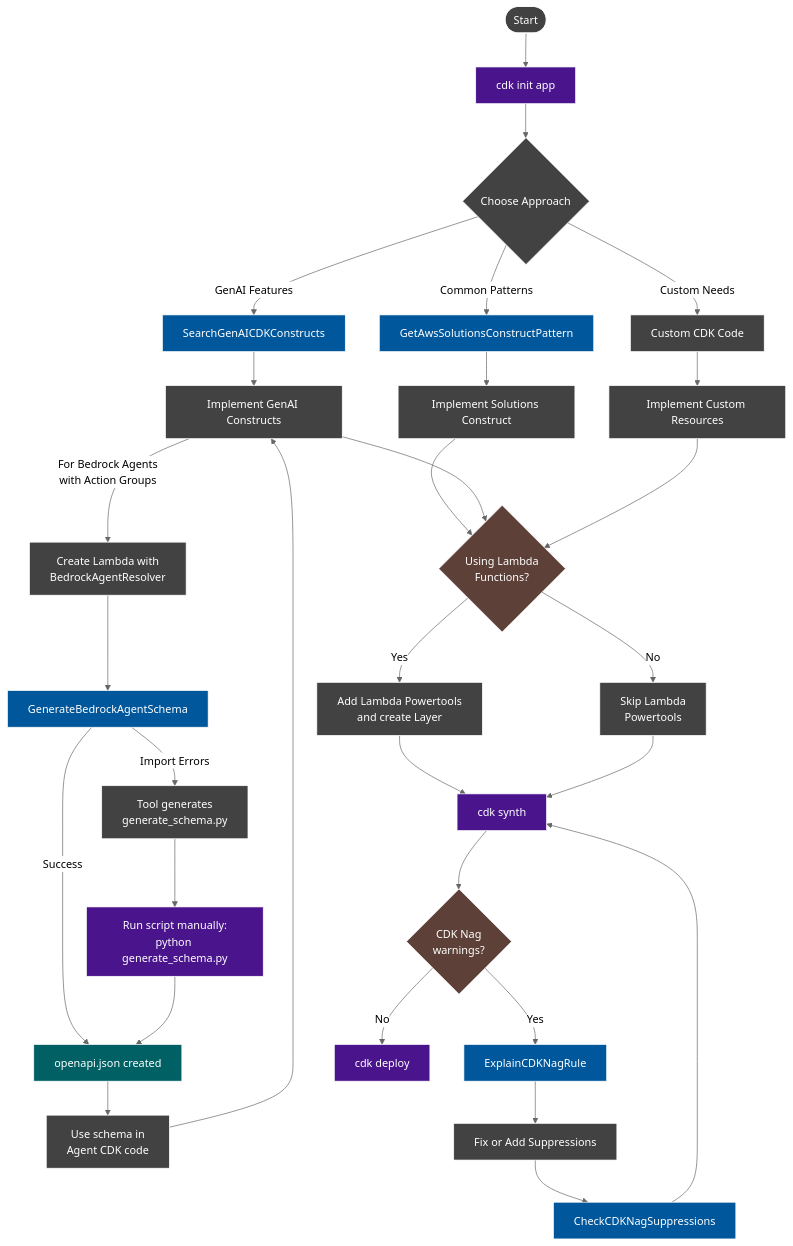
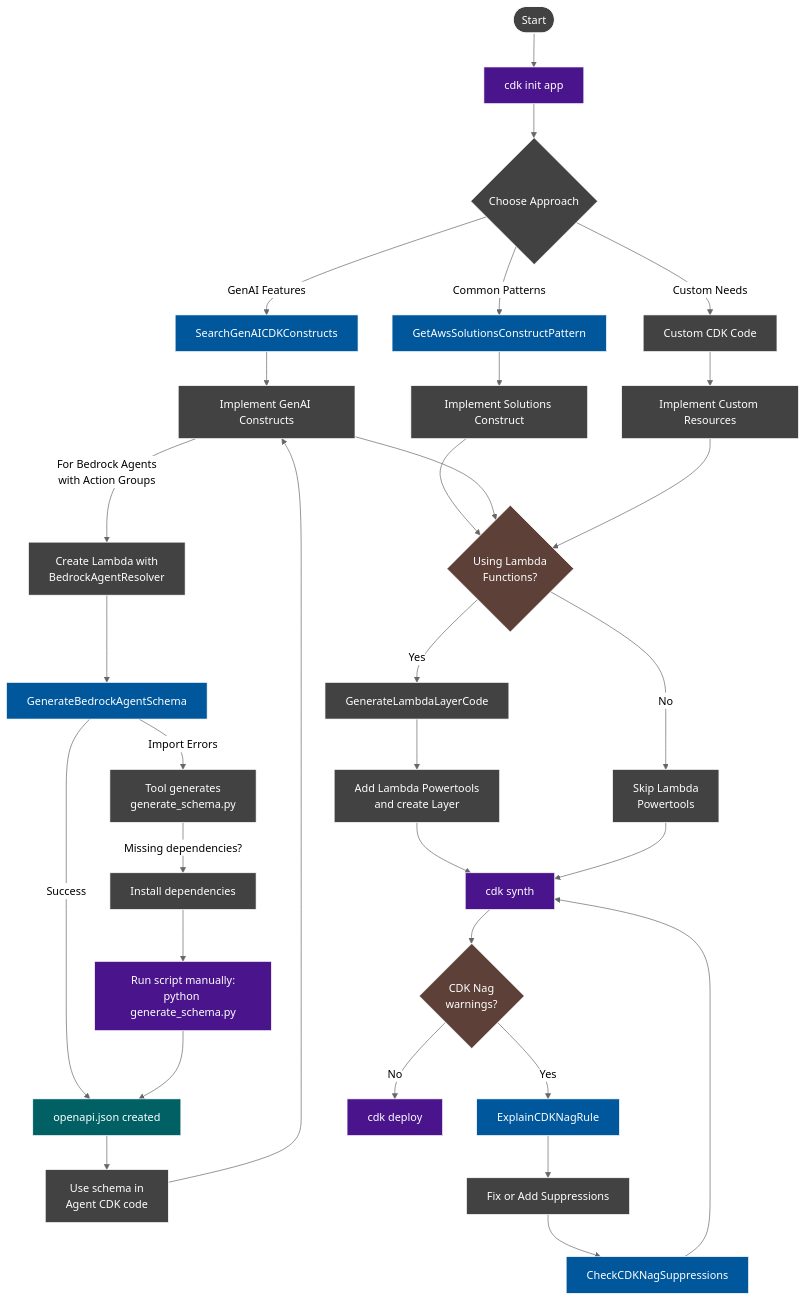
One commit to awslabs/mcp changed the diagram in src/cdk-mcp-server/awslabs/cdk_mcp_server/static/CDK_GENERAL_GUIDANCE.md. Above: the diagram before and after it, drawn with Mermaid (neutral theme). The commit also changed other lines of this file and 6 other files, not shown here.

First line of the commit message:
feat(cdk-server): add Lambda layer generator tool

````diff
--- a/src/cdk-mcp-server/awslabs/cdk_mcp_server/static/CDK_GENERAL_GUIDANCE.md
+++ b/src/cdk-mcp-server/awslabs/cdk_mcp_server/static/CDK_GENERAL_GUIDANCE.md
@@ -200,57 +201,59 @@
 ```mermaid
 graph TD
     Start([Start]) --> Init["cdk init app"]
     
     Init --> B{Choose Approach}
     B -->|"Common Patterns"| C1["GetAwsSolutionsConstructPattern"]
     B -->|"GenAI Features"| C2["SearchGenAICDKConstructs"]
     B -->|"Custom Needs"| C3["Custom CDK Code"]
     
     C1 --> D1["Implement Solutions Construct"]
     C2 --> D2["Implement GenAI Constructs"]
     C3 --> D3["Implement Custom Resources"]
     
     %% Bedrock Agent with Action Groups specific flow
     D2 -->|"For Bedrock Agents<br/>with Action Groups"| BA["Create Lambda with<br/>BedrockAgentResolver"]
     
     %% Schema generation flow
     BA --> BS["GenerateBedrockAgentSchema"]
     BS -->|"Success"| JSON["openapi.json created"]
     BS -->|"Import Errors"| BSF["Tool generates<br/>generate_schema.py"]
-    BSF --> BSR["Run script manually:<br/>python generate_schema.py"]
+    BSF -->|"Missing dependencies?"| InstallDeps["Install dependencies"]
+    InstallDeps --> BSR["Run script manually:<br/>python generate_schema.py"]
     BSR --> JSON["openapi.json created"]
     
     %% Use schema in Agent CDK
     JSON --> AgentCDK["Use schema in<br/>Agent CDK code"]
     AgentCDK --> D2
     
     %% Conditional Lambda Powertools implementation
     D1 & D2 & D3 --> HasLambda{"Using Lambda<br/>Functions?"}
-    HasLambda -->|"Yes"| L["Add Lambda Powertools<br/>and create Layer"]
+    HasLambda -->|"Yes"| L1["GenerateLambdaLayerCode"]
+    L1 --> L["Add Lambda Powertools<br/>and create Layer"]
     HasLambda -->|"No"| SkipL["Skip Lambda<br/>Powertools"]
     
     %% Rest of workflow
     L --> Synth["cdk synth"]
     SkipL --> Synth
     
     Synth --> Nag{"CDK Nag<br/>warnings?"}
     Nag -->|Yes| E["ExplainCDKNagRule"]
     Nag -->|No| Deploy["cdk deploy"]
     
     E --> Fix["Fix or Add Suppressions"]
     Fix --> CN["CheckCDKNagSuppressions"]
     CN --> Synth
     
     %% Styling with darker colors
     classDef default fill:#424242,stroke:#ffffff,stroke-width:1px,color:#ffffff;
     classDef cmd fill:#4a148c,stroke:#ffffff,stroke-width:1px,color:#ffffff;
     classDef tool fill:#01579b,stroke:#ffffff,stroke-width:1px,color:#ffffff;
     classDef note fill:#1b5e20,stroke:#ffffff,stroke-width:1px,color:#ffffff;
     classDef output fill:#006064,stroke:#ffffff,stroke-width:1px,color:#ffffff;
     classDef decision fill:#5d4037,stroke:#ffffff,stroke-width:1px,color:#ffffff;
     
     class Init,Synth,Deploy,BSR cmd;
     class C1,C2,BS,E,CN tool;
     class JSON output;
     class HasLambda,Nag decision;
 ```
````
